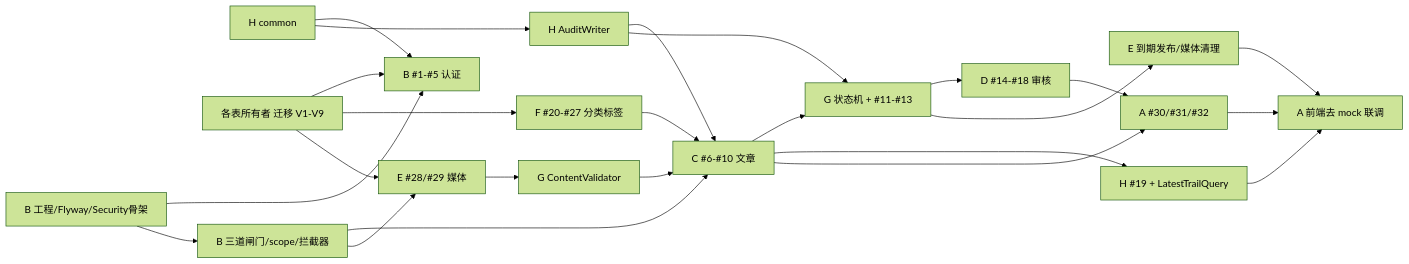
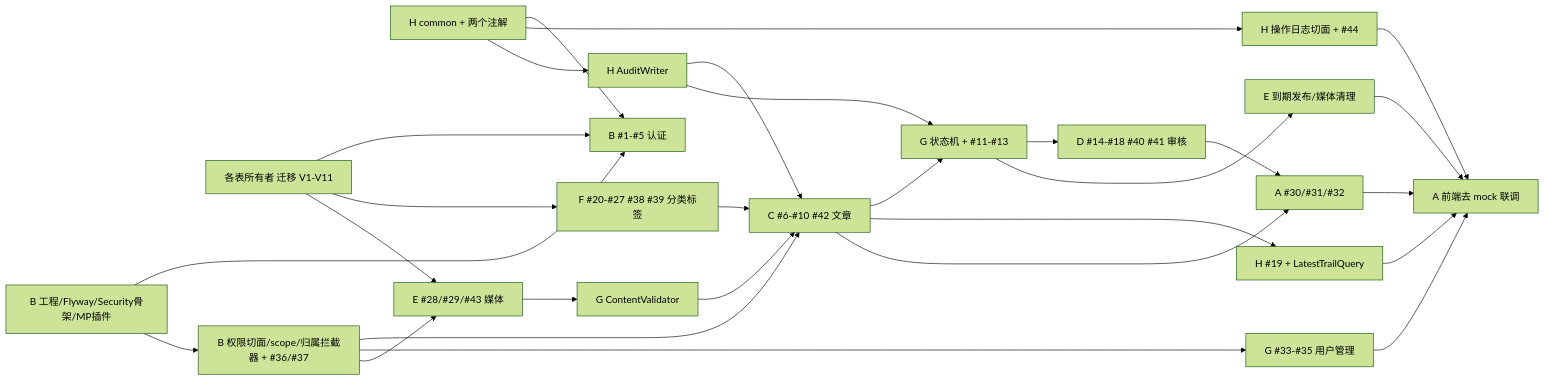
The diagram in doc/context/team-division.md (LIangZH-RT/CMS-TeamWork), drawn with Mermaid (forest theme) before and after one commit. The commit also changed other lines of this file, not shown here.

````diff
--- a/doc/context/team-division.md
+++ b/doc/context/team-division.md
@@ -352,26 +402,30 @@
 ```mermaid
 graph LR
-  M0B[B 工程/Flyway/Security骨架] --> M1Auth[B #1-#5 认证]
-  M0H[H common] --> M1Auth
-  M0Def[各表所有者 迁移 V1-V9] --> M1Auth
-  M0B --> Gate[B 三道闸门/scope/拦截器]
-  M0Def --> Tax[F #20-#27 分类标签]
+  M0B[B 工程/Flyway/Security骨架/MP插件] --> M1Auth[B #1-#5 认证]
+  M0H[H common + 两个注解] --> M1Auth
+  M0Def[各表所有者 迁移 V1-V11] --> M1Auth
+  M0B --> Gate[B 权限切面/scope/归属拦截器 + #36/#37]
+  M0H --> Oplog[H 操作日志切面 + #44]
+  M0Def --> Tax[F #20-#27 #38 #39 分类标签]
   M0H --> AW[H AuditWriter]
-  Gate --> Art[C #6-#10 文章]
+  Gate --> Art[C #6-#10 #42 文章]
   Tax --> Art
   AW --> Art
-  M0Def --> Media[E #28/#29 媒体]
+  Gate --> User[G #33-#35 用户管理]
+  M0Def --> Media[E #28/#29/#43 媒体]
   Gate --> Media
   Media --> CV[G ContentValidator]
   CV --> Art
   Art --> SM[G 状态机 + #11-#13]
   AW --> SM
-  SM --> Rev[D #14-#18 审核]
+  SM --> Rev[D #14-#18 #40 #41 审核]
   SM --> Job[E 到期发布/媒体清理]
   Art --> Trail[H #19 + LatestTrailQuery]
   Art --> Pub[A #30/#31/#32]
   Rev --> Pub
   Pub --> FE[A 前端去 mock 联调]
   Trail --> FE
   Job --> FE
+  User --> FE
+  Oplog --> FE
 ```
````
